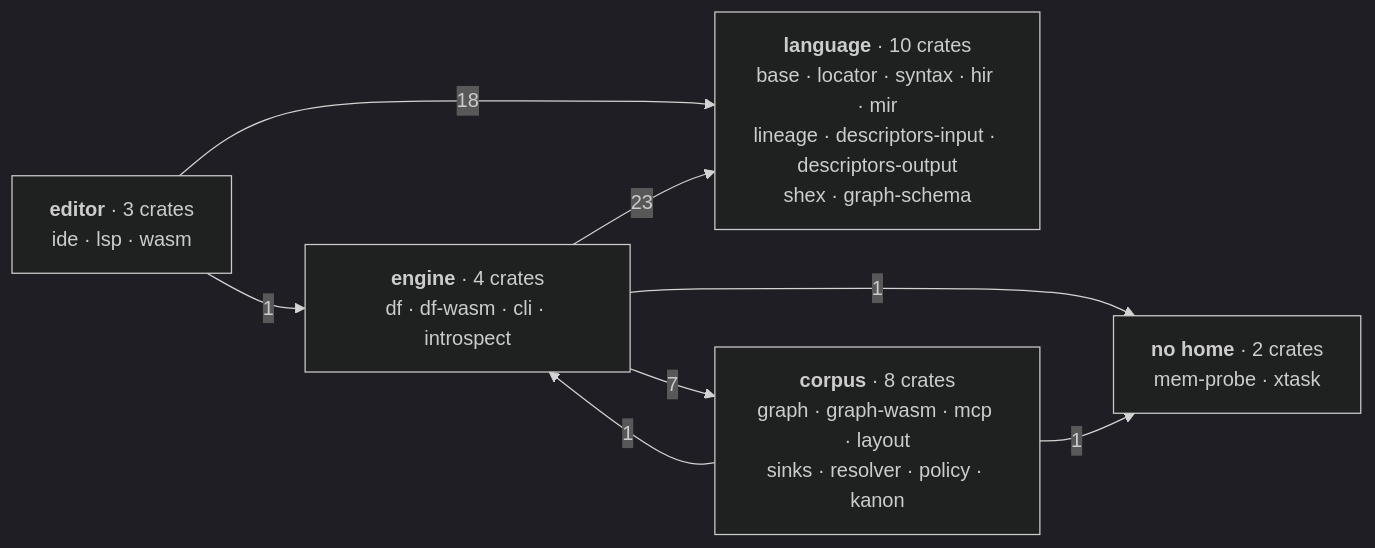
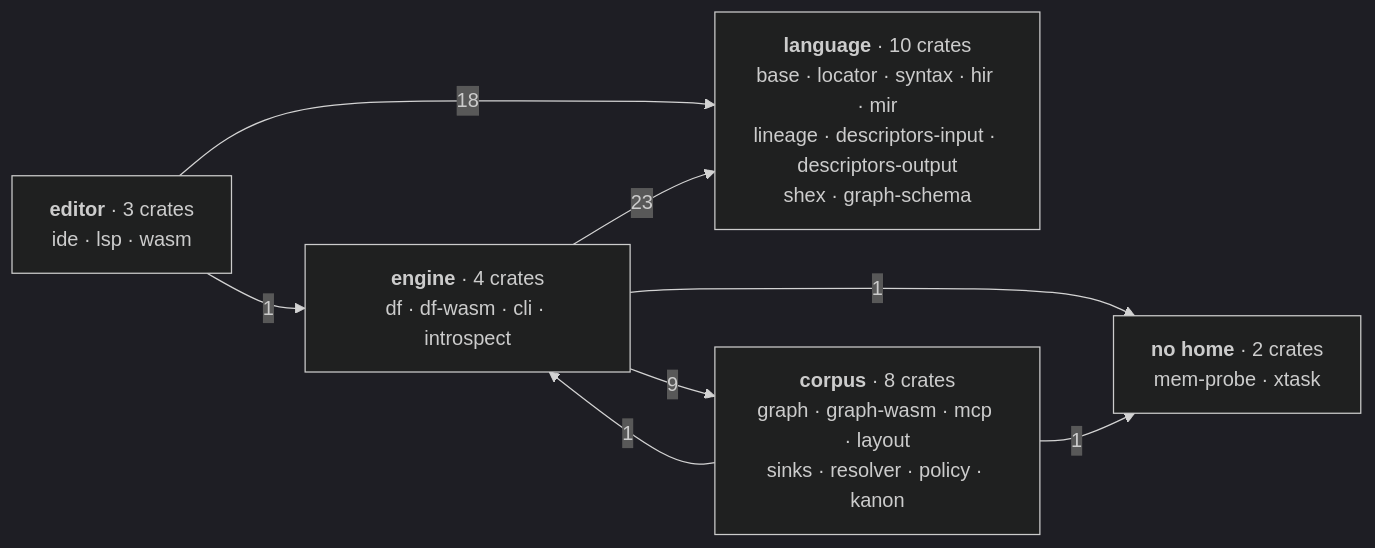
One commit to Kanzo-Tech/fossil-lang changed the first of 4 diagrams in apps/docs/content/docs/(root)/architecture.mdx. Above: the diagram before and after it, drawn with Mermaid (dark theme). The commit also changed other lines of this file, not shown here.

Commit message:
docs(architecture): two figures the derivation edge moved, measured not adjusted
`fossil-df` gained `fossil-kanon`, so engine→corpus is 9 and the total is 54.
Both came off `content.test.ts`'s own derivation from the manifests rather
than from arithmetic on the old numbers, which is the whole reason that guard
reads the tree instead of the page.

Claude-Session: https://claude.ai/code/session_019De7nzRcfxDSaqxryxDtMA

````diff
--- a/apps/docs/content/docs/(root)/architecture.mdx
+++ b/apps/docs/content/docs/(root)/architecture.mdx
@@ -14,16 +14,16 @@
 ```mermaid
 graph LR
   L["<b>language</b> · 10 crates<br/>base · locator · syntax · hir · mir<br/>lineage · descriptors-input · descriptors-output<br/>shex · graph-schema"]
   E["<b>editor</b> · 3 crates<br/>ide · lsp · wasm"]
   M["<b>engine</b> · 4 crates<br/>df · df-wasm · cli · introspect"]
   C["<b>corpus</b> · 8 crates<br/>graph · graph-wasm · mcp · layout<br/>sinks · resolver · policy · kanon"]
   X["<b>no home</b> · 2 crates<br/>mem-probe · xtask"]
 
   E -->|18| L
   E -->|1| M
   M -->|23| L
-  M -->|7| C
+  M -->|9| C
   C -->|1| M
   M -->|1| X
   C -->|1| X
 ```
````
